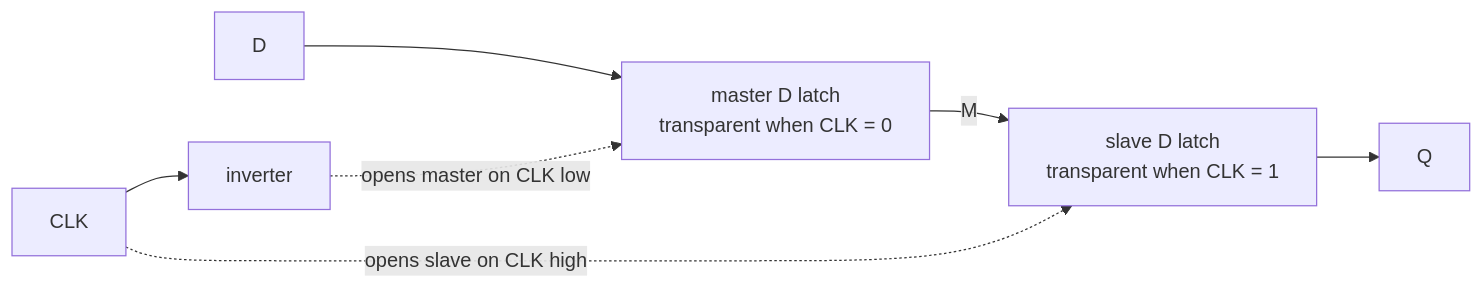
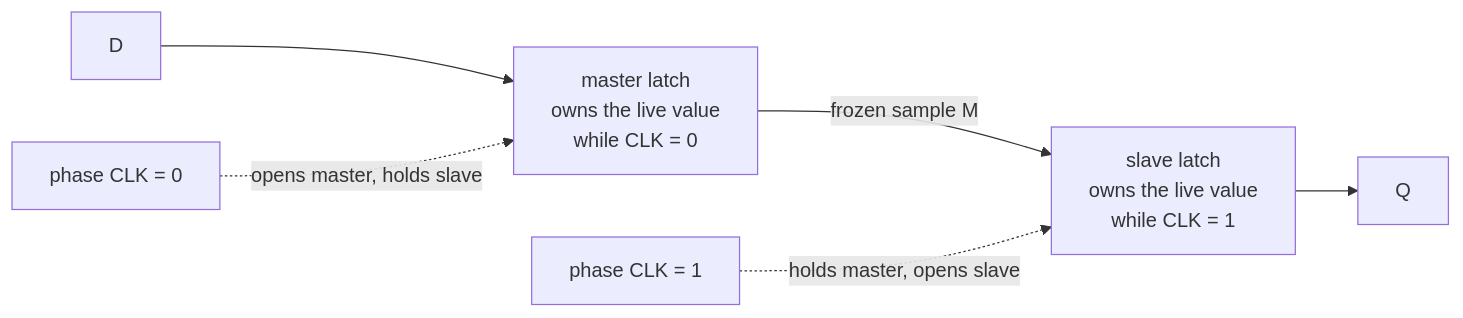
Before and after one commit to Wty2003328/silicon-design-notebook: the tenth of 31 diagrams in 00_Fundamentals/02_Logic_Building_Blocks.md, drawn with Mermaid. The commit also changed other lines of this file and 125 other files, not shown here.

First line of the commit message:
Complete the AMBA family, refresh the learning path, and make every figure and formula actually render

````diff
--- a/00_Fundamentals/02_Logic_Building_Blocks.md
+++ b/00_Fundamentals/02_Logic_Building_Blocks.md
@@ -668,9 +718,8 @@
 ```mermaid
 flowchart LR
-  D["D"] --> M["master D latch<br/>transparent when CLK = 0"]
-  M -->|M| S["slave D latch<br/>transparent when CLK = 1"]
+  D["D"] --> M["master latch<br/>owns the live value<br/>while CLK = 0"]
+  M -->|"frozen sample M"| S["slave latch<br/>owns the live value<br/>while CLK = 1"]
   S --> Q["Q"]
-  CLK["CLK"] --> INV["inverter"]
-  INV -.->|opens master on CLK low| M
-  CLK -.->|opens slave on CLK high| S
+  P0["phase CLK = 0"] -.->|"opens master, holds slave"| M
+  P1["phase CLK = 1"] -.->|"holds master, opens slave"| S
 ```
````
